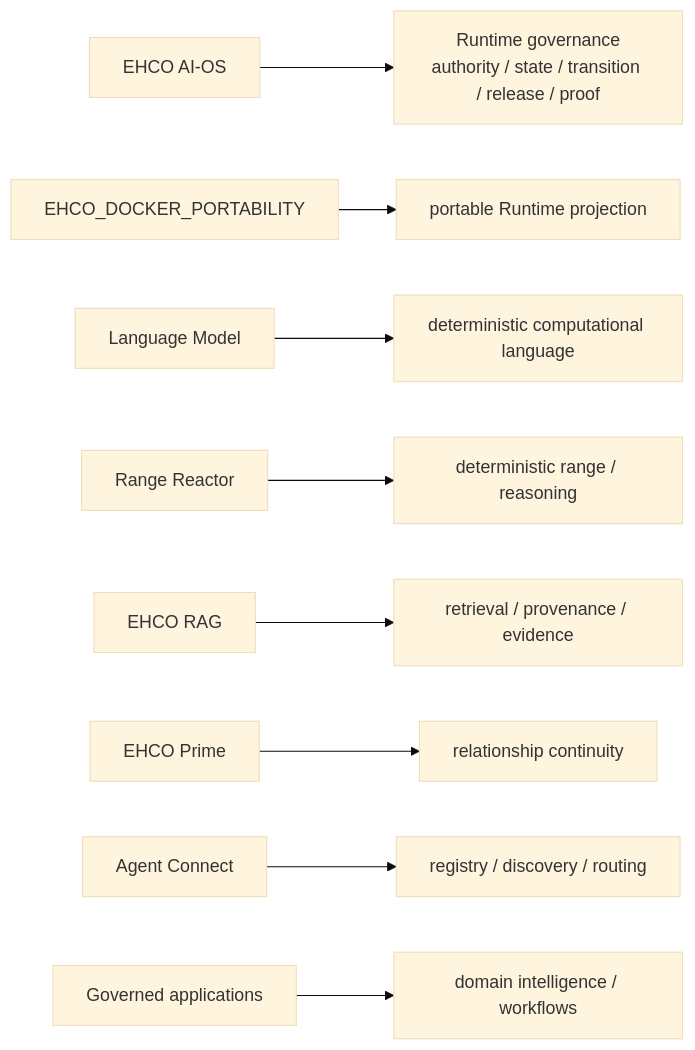
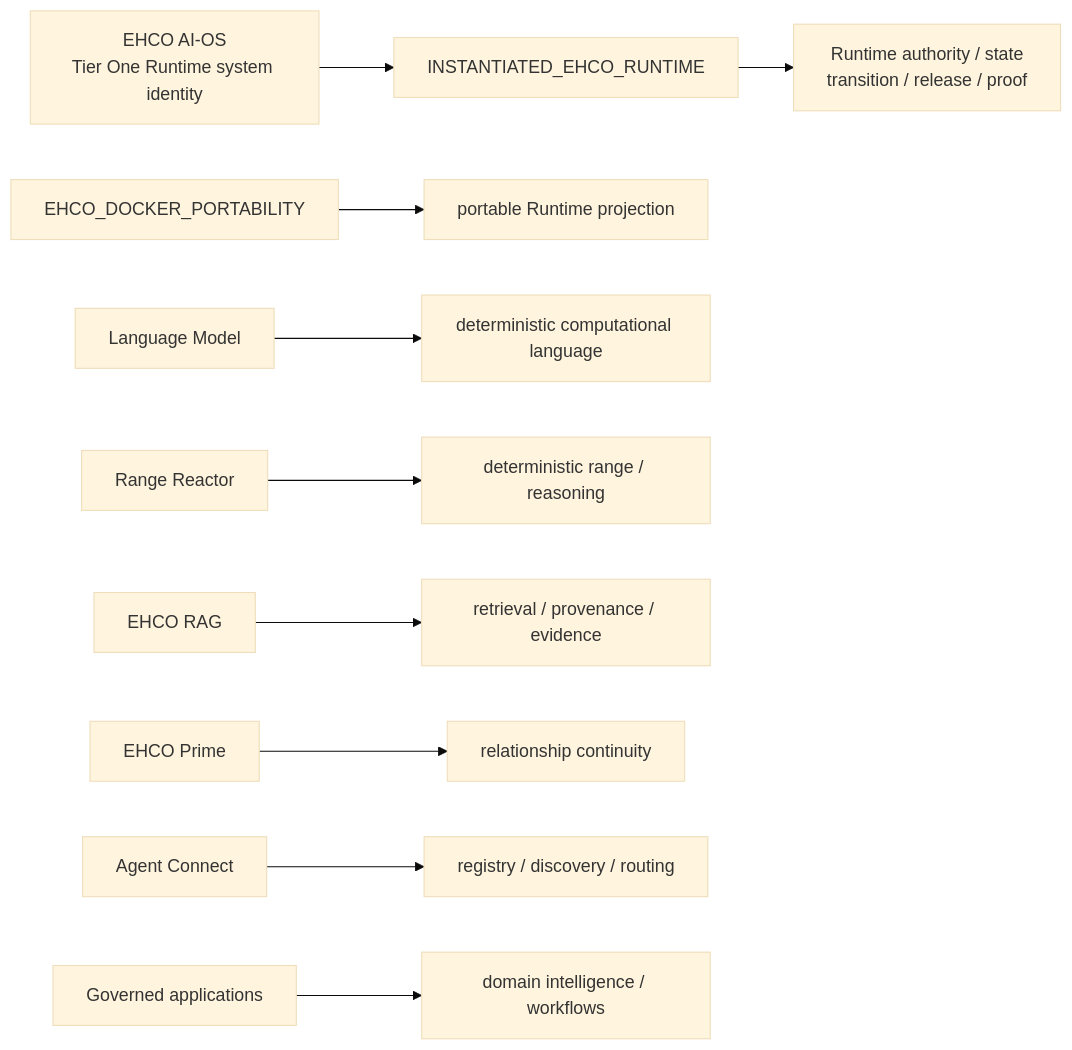
The second of 4 diagrams in architecture/diagrams/README.md (EHCOnomics-Systems/EHCOsystem), drawn with Mermaid (base theme) before and after one commit. The commit also changed other lines of this file, not shown here.

Commit message:
Separate Runtime identity and authority in diagrams

````diff
--- a/architecture/diagrams/README.md
+++ b/architecture/diagrams/README.md
@@ -43,11 +45,12 @@
 ```mermaid
 flowchart LR
-    AIOS[EHCO AI-OS] --> RG[Runtime governance<br/>authority / state / transition / release / proof]
+    AIOS[EHCO AI-OS<br/>Tier One Runtime system identity] --> RUNTIME[INSTANTIATED_EHCO_RUNTIME]
+    RUNTIME --> RG[Runtime authority / state<br/>transition / release / proof]
     DP[EHCO_DOCKER_PORTABILITY] --> PORT[portable Runtime projection]
     LM[Language Model] --> LANG[deterministic computational language]
     RR[Range Reactor] --> RANGE[deterministic range / reasoning]
     RAG[EHCO RAG] --> RET[retrieval / provenance / evidence]
     PRIME[EHCO Prime] --> REL[relationship continuity]
     AC[Agent Connect] --> COORD[registry / discovery / routing]
     APPS[Governed applications] --> DOM[domain intelligence / workflows]
 ```
````
